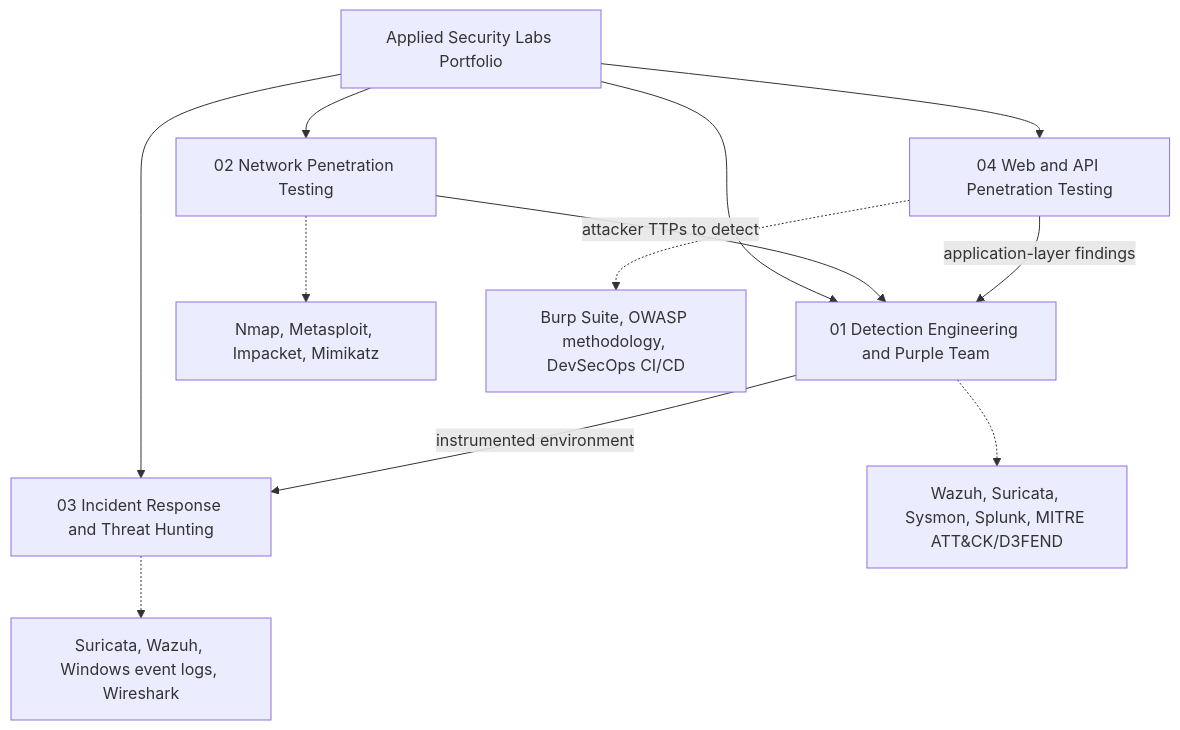
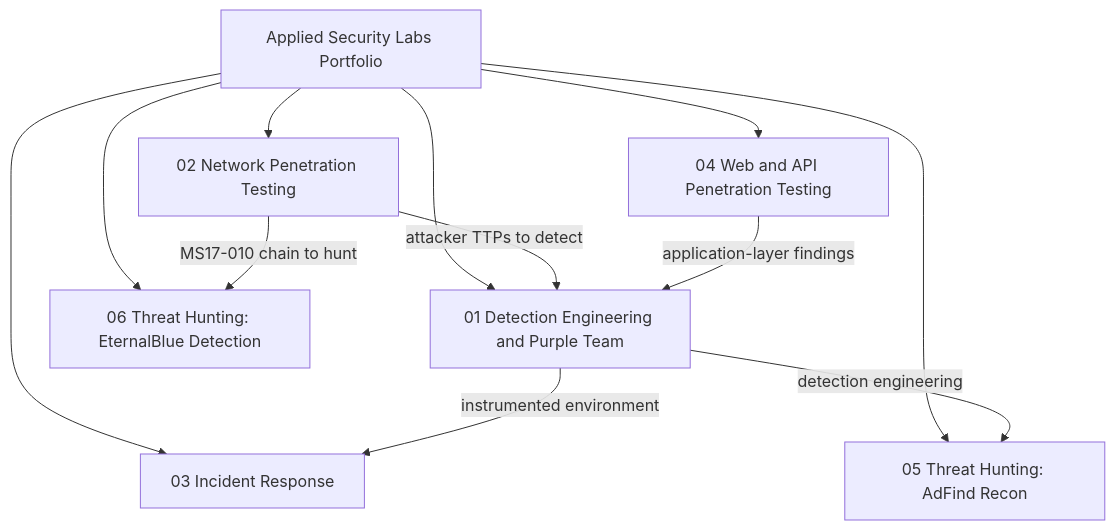
The diagram in README.md (jeff6942016/applied-security-labs), drawn with Mermaid before and after one commit. The commit also changed other lines of this file and 79 other files, not shown here.

````diff
--- a/README.md
+++ b/README.md
@@ -23,16 +23,15 @@
 ```mermaid
 flowchart TD
     A[Applied Security Labs Portfolio] --> P1[01 Detection Engineering and Purple Team]
     A --> P2[02 Network Penetration Testing]
-    A --> P3[03 Incident Response and Threat Hunting]
+    A --> P3[03 Incident Response]
     A --> P4[04 Web and API Penetration Testing]
+    A --> P5[05 Threat Hunting: AdFind Recon]
+    A --> P6[06 Threat Hunting: EternalBlue Detection]
 
     P2 -->|attacker TTPs to detect| P1
     P1 -->|instrumented environment| P3
+    P2 -->|MS17-010 chain to hunt| P6
+    P1 -->|detection engineering| P5
     P4 -->|application-layer findings| P1
-
-    P1 -.-> T1[Wazuh, Suricata, Sysmon, Splunk, MITRE ATT&CK/D3FEND]
-    P2 -.-> T2[Nmap, Metasploit, Impacket, Mimikatz]
-    P3 -.-> T3[Suricata, Wazuh, Windows event logs, Wireshark]
-    P4 -.-> T4[Burp Suite, OWASP methodology, DevSecOps CI/CD]
 ```
````
